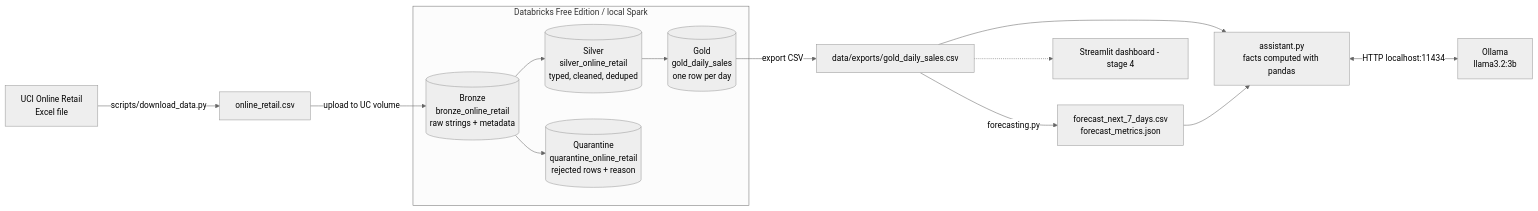
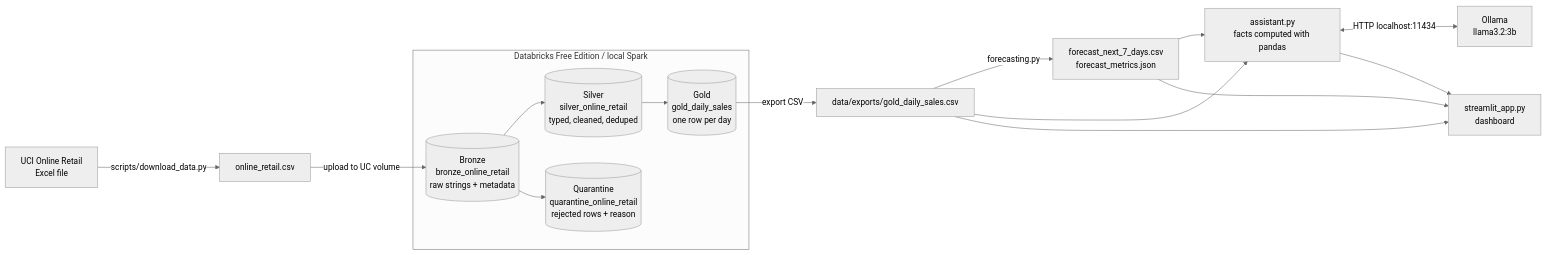
Before and after one commit to vishalreddy9514/ai-retail-analytics: the diagram in README.md, drawn with Mermaid (neutral theme). The commit also changed other lines of this file and 3 other files, not shown here.

First line of the commit message:
Stage 4: Streamlit dashboard with forecast, accuracy and AI explanations

````diff
--- a/README.md
+++ b/README.md
@@ -16,16 +16,18 @@
 ```mermaid
 flowchart LR
     UCI[UCI Online Retail<br/>Excel file] -->|scripts/download_data.py| CSV[online_retail.csv]
     CSV -->|upload to UC volume| B
     subgraph Databricks Free Edition / local Spark
         B[(Bronze<br/>bronze_online_retail<br/>raw strings + metadata)] --> S[(Silver<br/>silver_online_retail<br/>typed, cleaned, deduped)]
         B --> Q[(Quarantine<br/>quarantine_online_retail<br/>rejected rows + reason)]
         S --> G[(Gold<br/>gold_daily_sales<br/>one row per day)]
     end
     G -->|export CSV| E[data/exports/gold_daily_sales.csv]
     E -->|forecasting.py| F[forecast_next_7_days.csv<br/>forecast_metrics.json]
     E --> L[assistant.py<br/>facts computed with pandas]
     F --> L
     L <-->|HTTP localhost:11434| O[Ollama<br/>llama3.2:3b]
-    E -.-> D[Streamlit dashboard - stage 4]
+    E --> D[streamlit_app.py<br/>dashboard]
+    F --> D
+    L --> D
 ```
````
